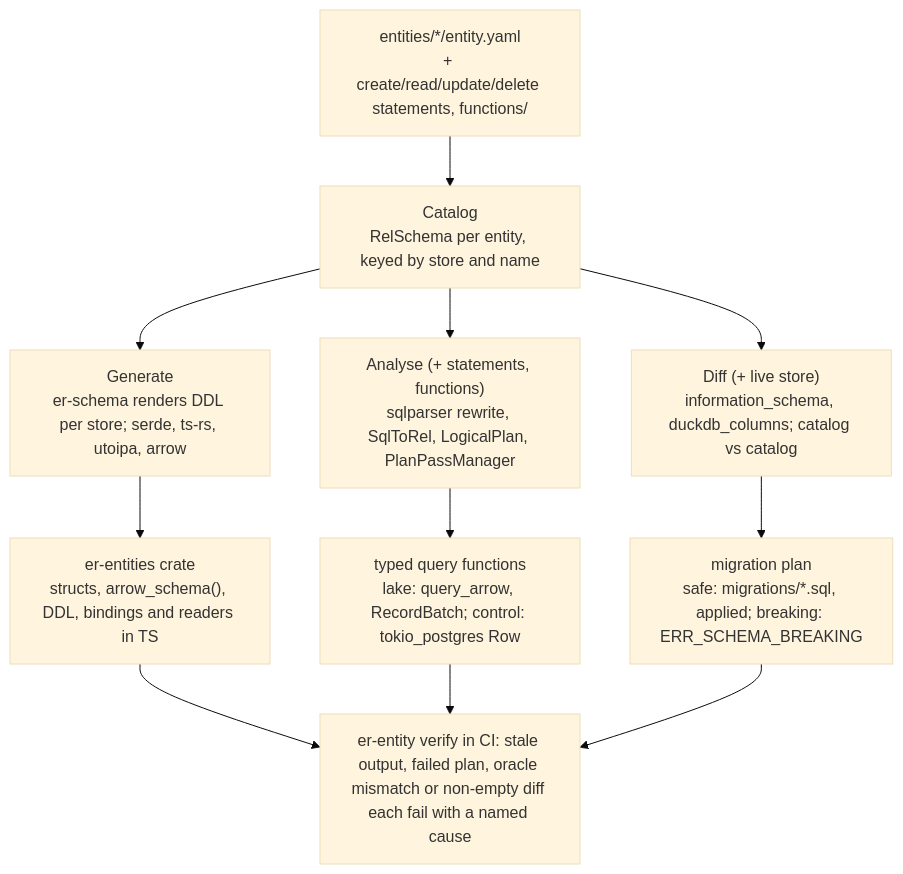
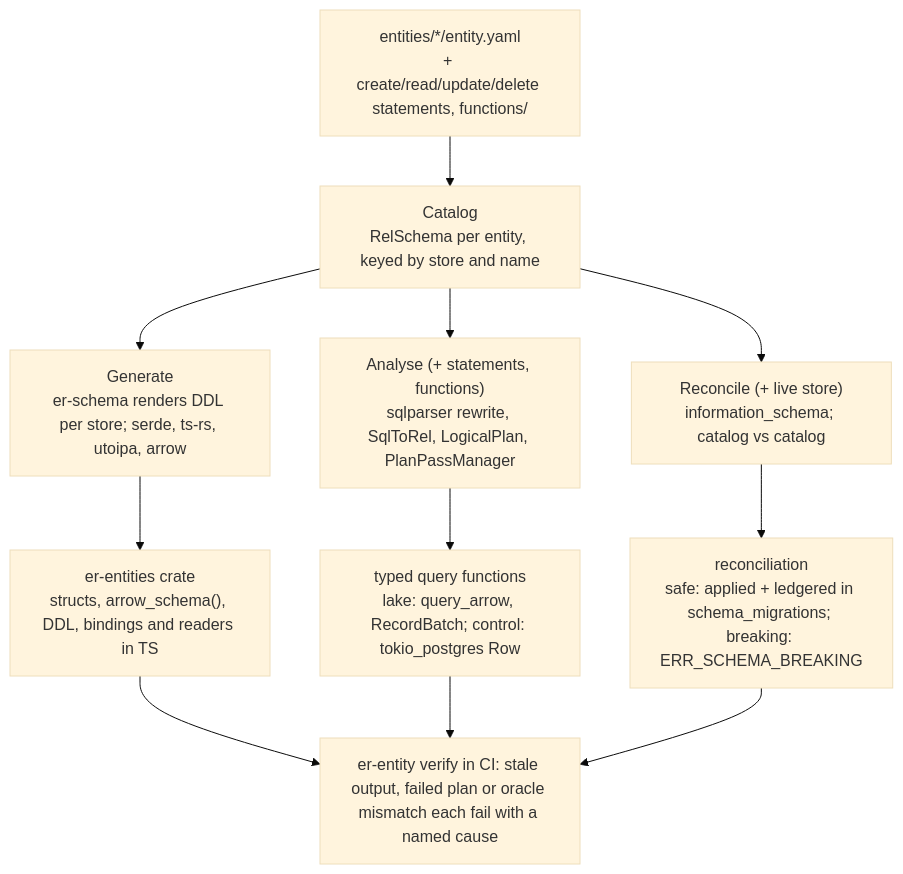
Before and after one commit to athvin/entity-resolution-engine: the first of 4 diagrams in docs/entity-framework-design.md, drawn with Mermaid (base theme). The commit also changed other lines of this file and 64 other files, not shown here.

````diff
--- a/docs/entity-framework-design.md
+++ b/docs/entity-framework-design.md
@@ -19,16 +19,16 @@
 ```mermaid
 flowchart TD
   Y["entities/*/entity.yaml<br/>+ create/read/update/delete statements, functions/"]
   C["Catalog<br/>RelSchema per entity, keyed by store and name"]
   G["Generate<br/>er-schema renders DDL per store; serde, ts-rs, utoipa, arrow"]
   A["Analyse (+ statements, functions)<br/>sqlparser rewrite, SqlToRel, LogicalPlan, PlanPassManager"]
-  D["Diff (+ live store)<br/>information_schema, duckdb_columns; catalog vs catalog"]
+  D["Reconcile (+ live store)<br/>information_schema; catalog vs catalog"]
   OG["er-entities crate<br/>structs, arrow_schema(), DDL, bindings and readers in TS"]
   OA["typed query functions<br/>lake: query_arrow, RecordBatch; control: tokio_postgres Row"]
-  OD["migration plan<br/>safe: migrations/*.sql, applied; breaking: ERR_SCHEMA_BREAKING"]
-  V["er-entity verify in CI: stale output, failed plan, oracle mismatch or non-empty diff each fail with a named cause"]
+  OD["reconciliation<br/>safe: applied + ledgered in schema_migrations; breaking: ERR_SCHEMA_BREAKING"]
+  V["er-entity verify in CI: stale output, failed plan or oracle mismatch each fail with a named cause"]
   Y --> C
   C --> G --> OG --> V
   C --> A --> OA --> V
   C --> D --> OD --> V
 ```
````
